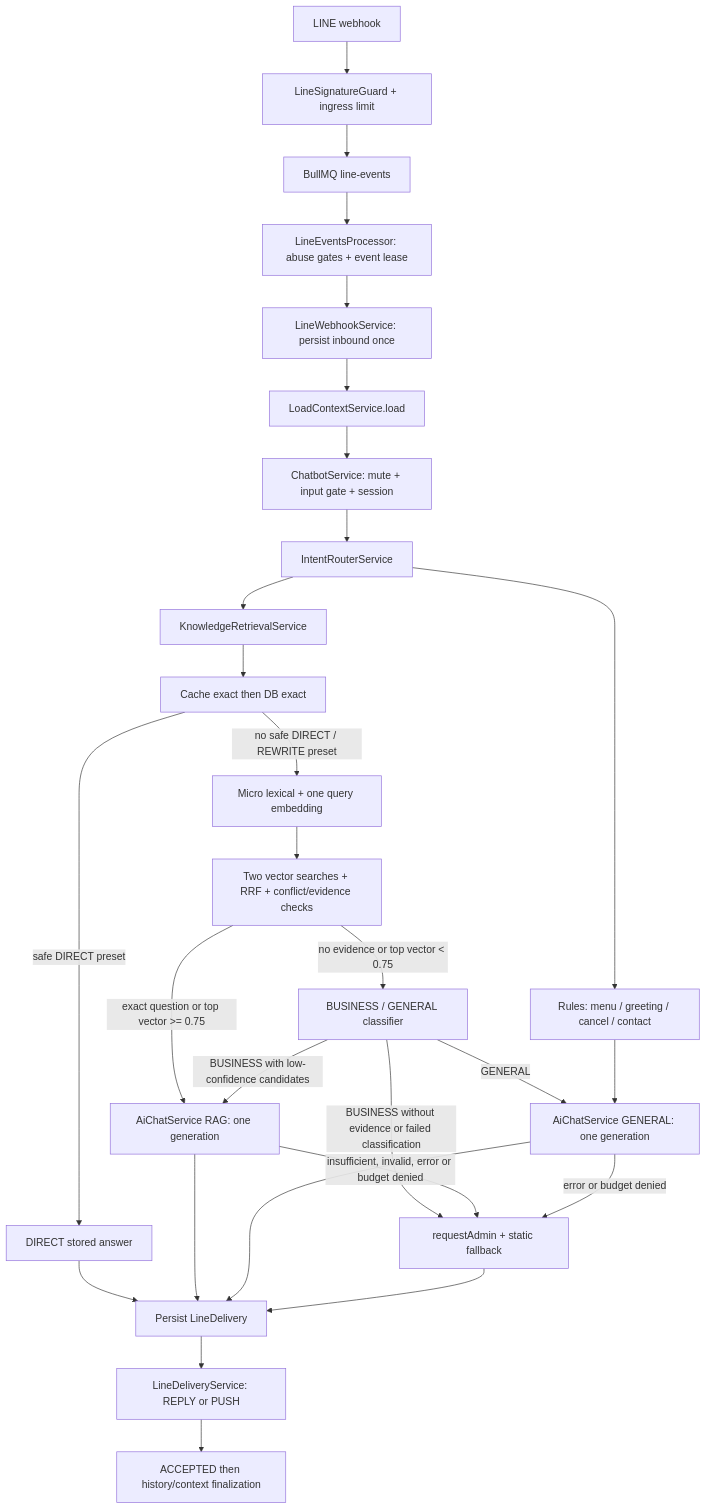
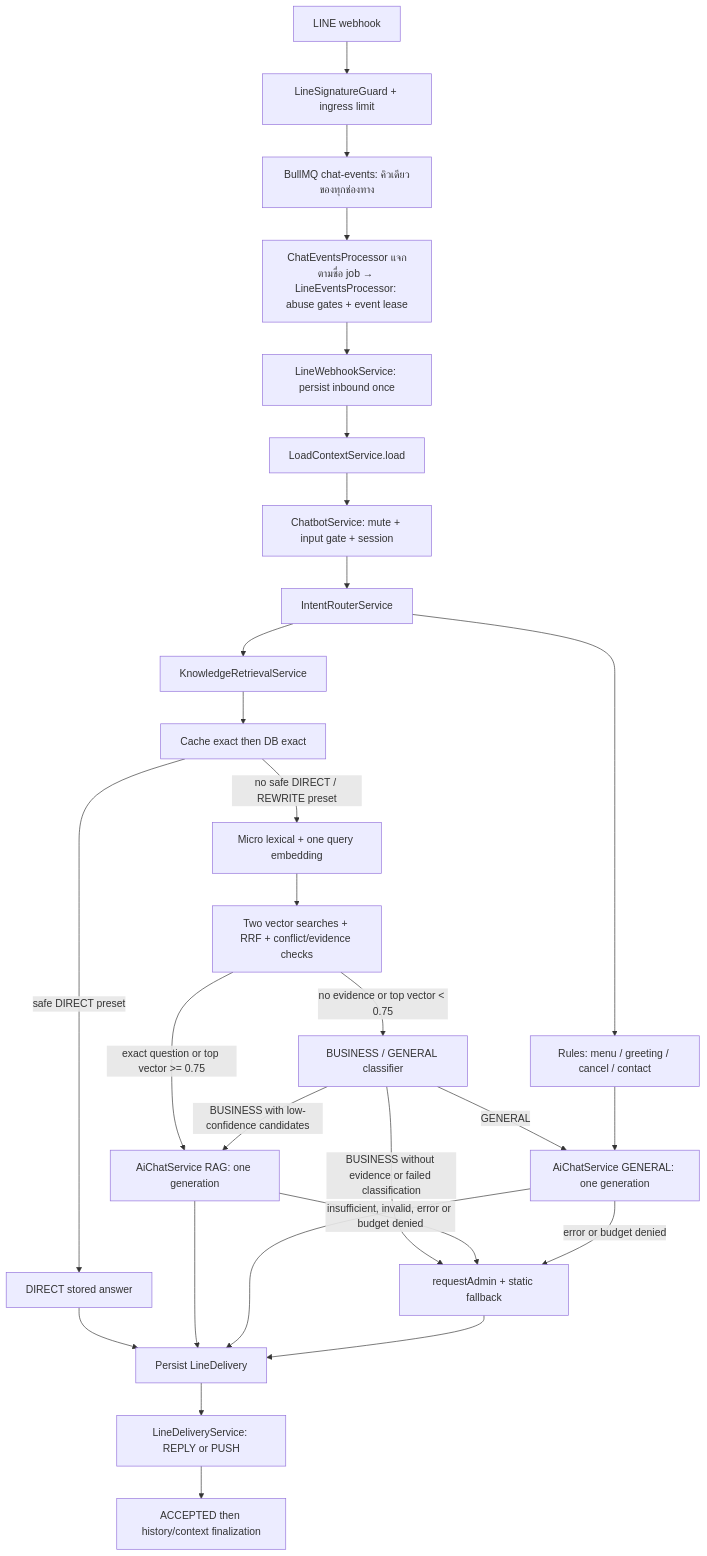
One commit to Codeine999/chatbot-agents changed the diagram in docs/ai-chatbot-architecture.md. Above: the diagram before and after it, drawn with Mermaid. The commit also changed other lines of this file and 17 other files, not shown here.

Commit message:
update schema devine channel connection and docs

````diff
--- a/docs/ai-chatbot-architecture.md
+++ b/docs/ai-chatbot-architecture.md
@@ -11,30 +11,30 @@
 ```mermaid
 flowchart TD
   A[LINE webhook] --> B[LineSignatureGuard + ingress limit]
-  B --> C[BullMQ line-events]
-  C --> D[LineEventsProcessor: abuse gates + event lease]
+  B --> C[BullMQ chat-events: คิวเดียวของทุกช่องทาง]
+  C --> D[ChatEventsProcessor แจกตามชื่อ job → LineEventsProcessor: abuse gates + event lease]
   D --> E[LineWebhookService: persist inbound once]
   E --> F[LoadContextService.load]
   F --> G[ChatbotService: mute + input gate + session]
   G --> H[IntentRouterService]
   H --> I[Rules: menu / greeting / cancel / contact]
   H --> J[KnowledgeRetrievalService]
   J --> K[Cache exact then DB exact]
   K -->|safe DIRECT preset| L[DIRECT stored answer]
   K -->|no safe DIRECT / REWRITE preset| M[Micro lexical + one query embedding]
   M --> N[Two vector searches + RRF + conflict/evidence checks]
   N -->|exact question or top vector >= 0.75| O[AiChatService RAG: one generation]
   N -->|no evidence or top vector < 0.75| P[BUSINESS / GENERAL classifier]
   P -->|GENERAL| Q[AiChatService GENERAL: one generation]
   P -->|BUSINESS with low-confidence candidates| O
   P -->|BUSINESS without evidence or failed classification| R[requestAdmin + static fallback]
   O -->|insufficient, invalid, error or budget denied| R
   Q -->|error or budget denied| R
   I --> Q
   L --> S[Persist LineDelivery]
   O --> S
   Q --> S
   R --> S
   S --> T[LineDeliveryService: REPLY or PUSH]
   T --> U[ACCEPTED then history/context finalization]
 ```
````
